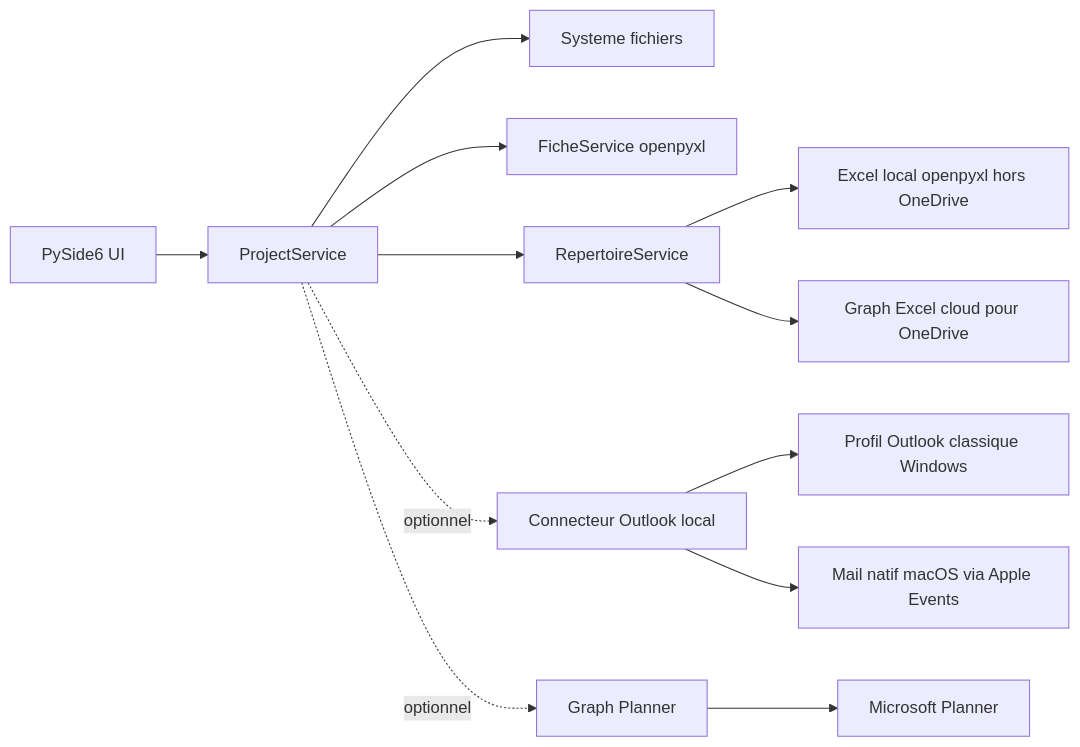
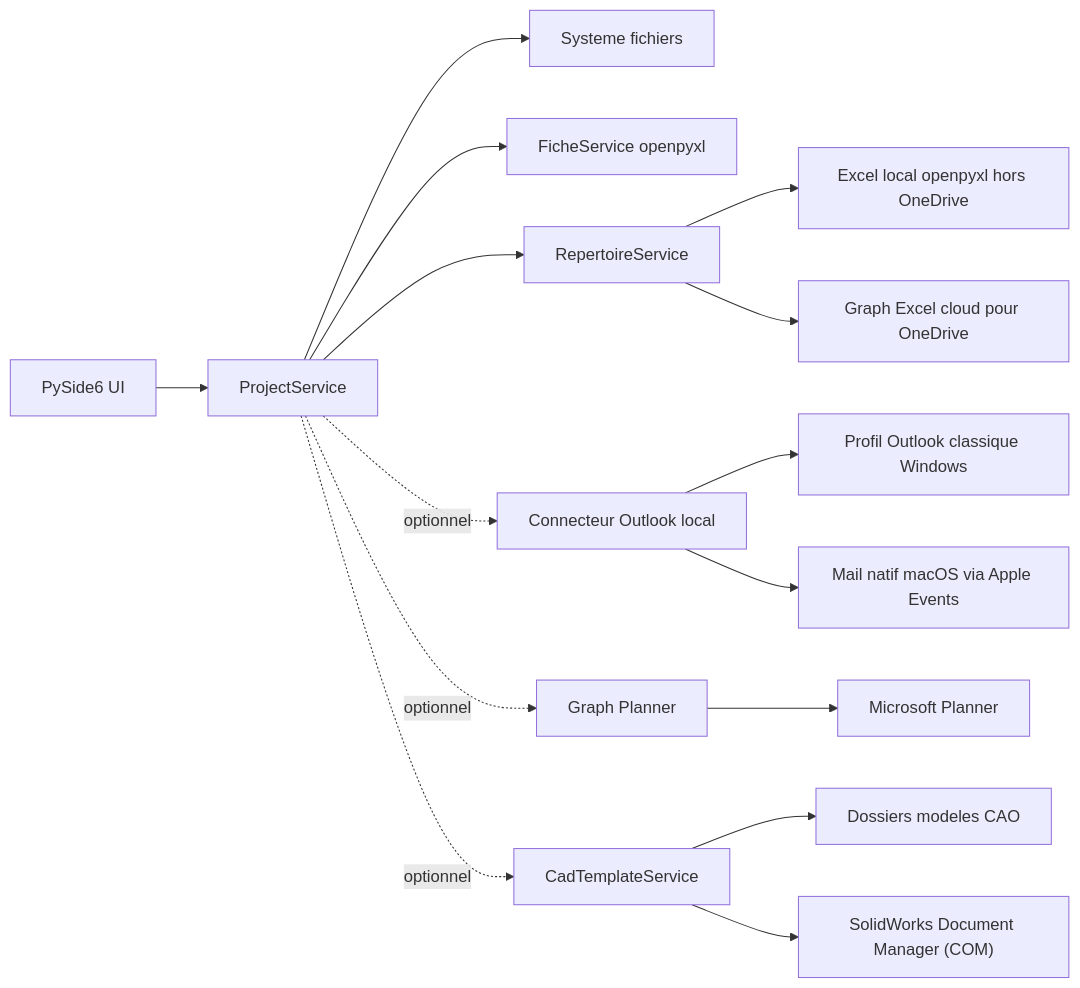
Before and after one commit to LionelMds/projectflow-automator: the first of 4 diagrams in docs/architecture.md, drawn with Mermaid. The commit also changed other lines of this file and 25 other files, not shown here.

First line of the commit message:
Ajoute les options de creation SolidWorks et AutoCAD

````diff
--- a/docs/architecture.md
+++ b/docs/architecture.md
@@ -5,14 +5,17 @@
 ```mermaid
 flowchart LR
   UI["PySide6 UI"] --> Service["ProjectService"]
   Service --> FS["Systeme fichiers"]
   Service --> Fiche["FicheService openpyxl"]
   Service --> Repertoire["RepertoireService"]
   Repertoire --> LocalExcel["Excel local openpyxl hors OneDrive"]
   Repertoire --> GraphExcel["Graph Excel cloud pour OneDrive"]
   Service -. optionnel .-> Outlook["Connecteur Outlook local"]
   Outlook --> WinOutlook["Profil Outlook classique Windows"]
   Outlook --> MacMail["Mail natif macOS via Apple Events"]
   Service -. optionnel .-> Planner["Graph Planner"]
   Planner --> M365["Microsoft Planner"]
+  Service -. optionnel .-> Cad["CadTemplateService"]
+  Cad --> Models["Dossiers modeles CAO"]
+  Cad --> DM["SolidWorks Document Manager (COM)"]
 ```
````
